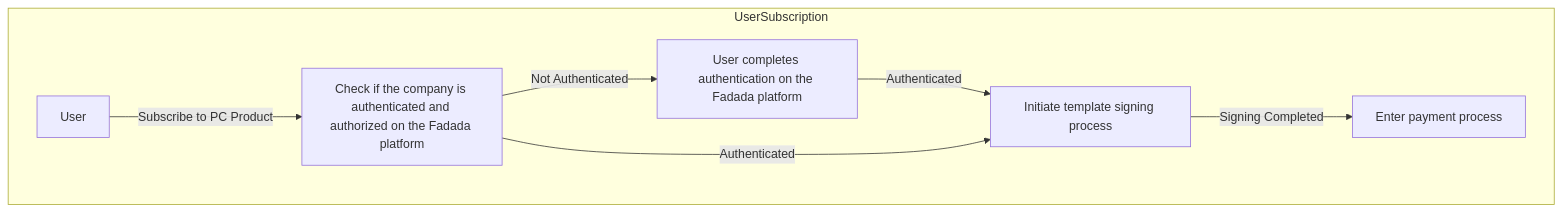
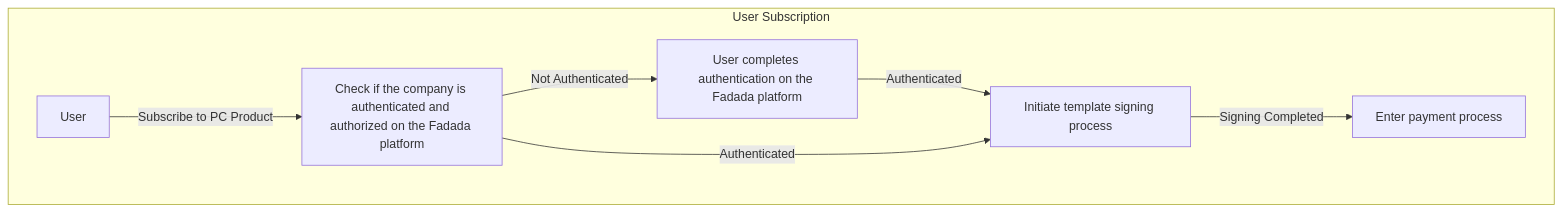
The diagram in 订阅产品.mmd (leonwgc/ant-admin-template), drawn with Mermaid before and after one commit. The commit also changed 1 other file, not shown here.

```diff
--- a/订阅产品.mmd
+++ b/订阅产品.mmd
@@ -1,8 +1,8 @@
 flowchart TD
-    subgraph UserSubscription
+    subgraph User Subscription
         User[User] -->|Subscribe to PC Product| CheckAuthenticationStatus[Check if the company is authenticated and authorized on the Fadada platform]
         CheckAuthenticationStatus -->|Not Authenticated| GuideSigning[User completes authentication on the Fadada platform]
         GuideSigning -->|Authenticated| InitiateSigning[Initiate template signing process]
         CheckAuthenticationStatus -->|Authenticated| InitiateSigning
         InitiateSigning -->|Signing Completed| PaymentProcess[Enter payment process]
     end
```
